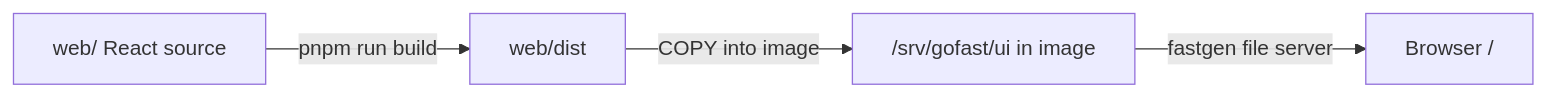
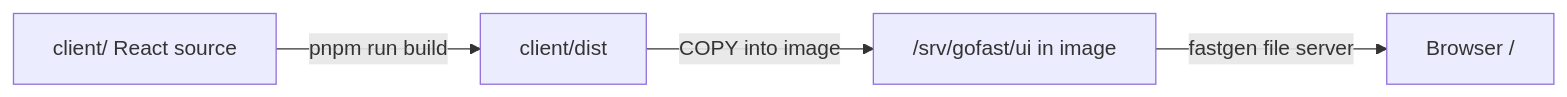
One commit to aurum-alpha/gofast changed the second of 2 diagrams in docs/ARCHITECTURE.md. Above: the diagram before and after it, drawn with Mermaid. The commit also changed other lines of this file and 51 other files, not shown here.

````diff
--- a/docs/ARCHITECTURE.md
+++ b/docs/ARCHITECTURE.md
@@ -71,6 +71,6 @@
 ```mermaid
 flowchart LR
-  webSrc["web/ React source"] -->|pnpm run build| built["web/dist"]
+  webSrc["client/ React source"] -->|pnpm run build| built["client/dist"]
   built -->|COPY into image| imgDir["/srv/gofast/ui in image"]
   imgDir -->|fastgen file server| browser["Browser /"]
 ```
````
